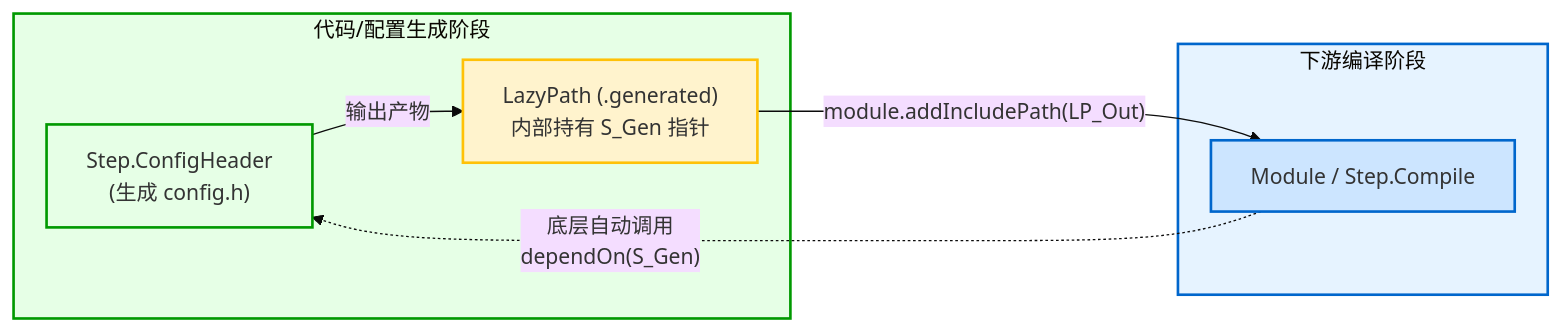
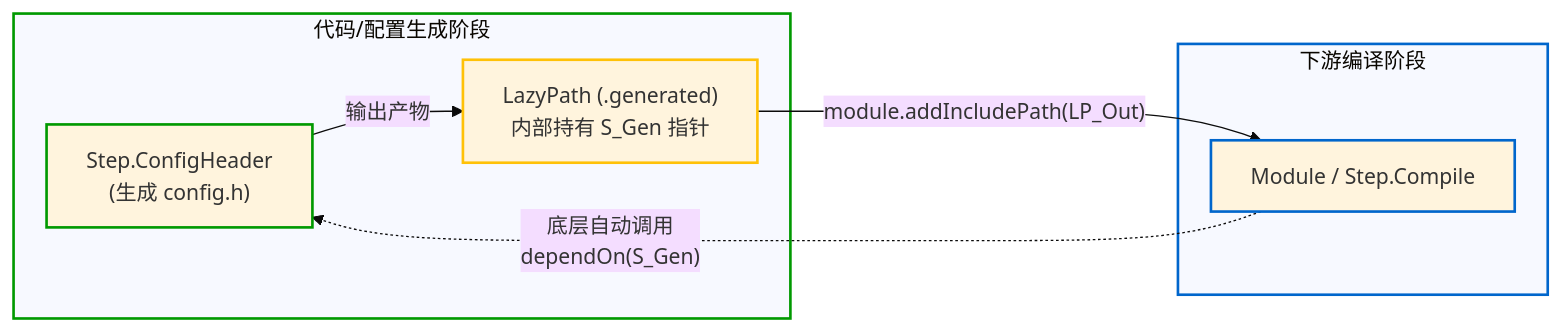
Before and after one commit to jiacai2050/x: the diagram in zig-build/src/concepts/lazy-path.md, drawn with Mermaid (base theme). The commit also changed 65 other files, not shown here.

````diff
--- a/zig-build/src/concepts/lazy-path.md
+++ b/zig-build/src/concepts/lazy-path.md
@@ -72,22 +72,22 @@
 ```mermaid
 graph LR
     subgraph Generator ["代码/配置生成阶段"]
         S_Gen["Step.ConfigHeader<br/>(生成 config.h)"]
         LP_Out["LazyPath (.generated)<br/>内部持有 S_Gen 指针"]
         S_Gen -- "输出产物" --> LP_Out
     end
 
     subgraph Consumer ["下游编译阶段"]
         M_Target["Module / Step.Compile"]
     end
 
     LP_Out -- "module.addIncludePath(LP_Out)" --> M_Target
     M_Target -. "底层自动调用<br/>dependOn(S_Gen)" .-> S_Gen
 
-    classDef default fill:#f8f9fa,stroke:#495057;
-    style Generator fill:#e6ffe6,stroke:#009900,stroke-width:2px;
-    style Consumer fill:#e6f3ff,stroke:#0066cc,stroke-width:2px;
-    style S_Gen fill:#e6ffe6,stroke:#009900,stroke-width:2px;
-    style LP_Out fill:#fff3cd,stroke:#ffc107,stroke-width:2px;
-    style M_Target fill:#cce5ff,stroke:#0066cc,stroke-width:2px;
+    classDef default stroke:#495057;
+    style Generator stroke:#009900,stroke-width:2px;
+    style Consumer stroke:#0066cc,stroke-width:2px;
+    style S_Gen stroke:#009900,stroke-width:2px;
+    style LP_Out stroke:#ffc107,stroke-width:2px;
+    style M_Target stroke:#0066cc,stroke-width:2px;
 ```
````
